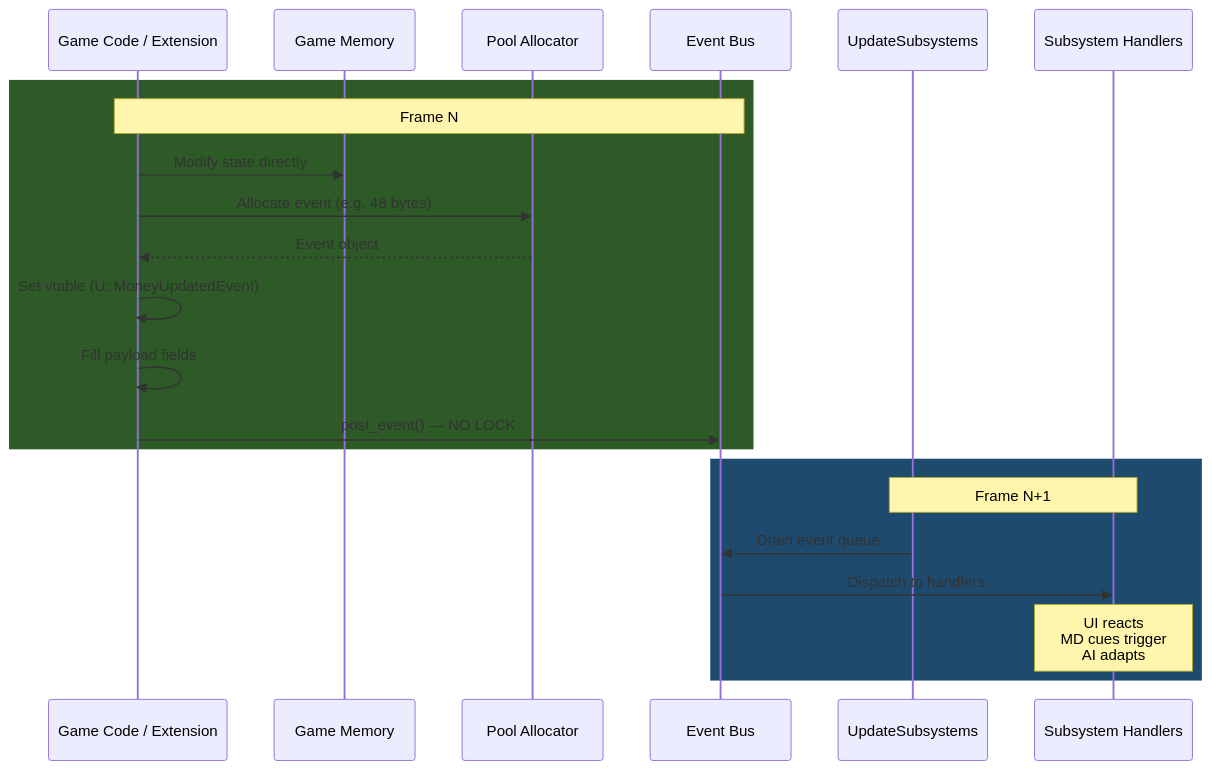
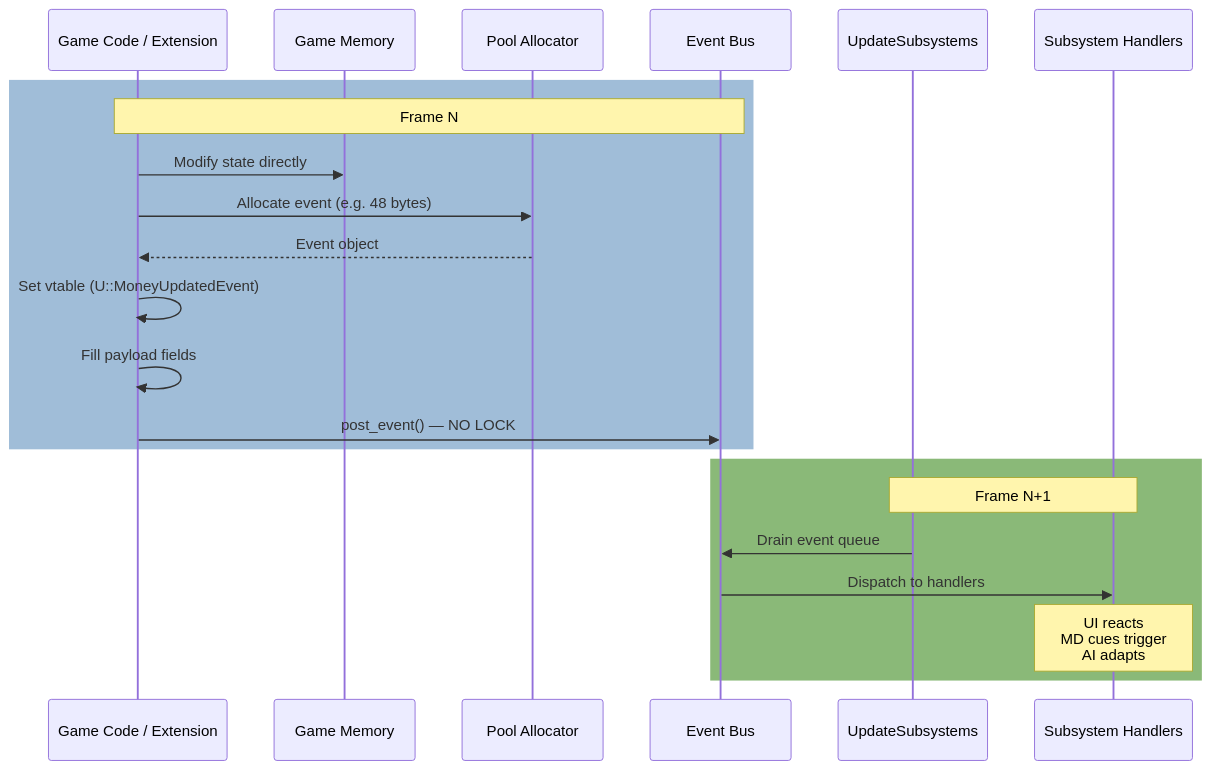
The fifth of 6 diagrams in docs/rev/SUBSYSTEMS.md (eg3r/X4Native), drawn with Mermaid before and after one commit. The commit also changed other lines of this file and 8 other files, not shown here.

````diff
--- a/docs/rev/SUBSYSTEMS.md
+++ b/docs/rev/SUBSYSTEMS.md
@@ -381,26 +381,26 @@
 ```mermaid
 sequenceDiagram
     participant CODE as Game Code / Extension
     participant MEM as Game Memory
     participant ALLOC as Pool Allocator
     participant BUS as Event Bus
     participant SU as UpdateSubsystems
     participant SUB as Subsystem Handlers
 
-    rect rgb(45, 90, 39)
+    rect rgb(160, 189, 216)
     Note over CODE,BUS: Frame N
     CODE->>MEM: Modify state directly
     CODE->>ALLOC: Allocate event (e.g. 48 bytes)
     ALLOC-->>CODE: Event object
     CODE->>CODE: Set vtable (U::MoneyUpdatedEvent)
     CODE->>CODE: Fill payload fields
     CODE->>BUS: post_event() — NO LOCK
     end
 
-    rect rgb(30, 74, 110)
+    rect rgb(138, 185, 120)
     Note over SU,SUB: Frame N+1
     SU->>BUS: Drain event queue
     BUS->>SUB: Dispatch to handlers
     Note over SUB: UI reacts<br/>MD cues trigger<br/>AI adapts
     end
 ```
````
